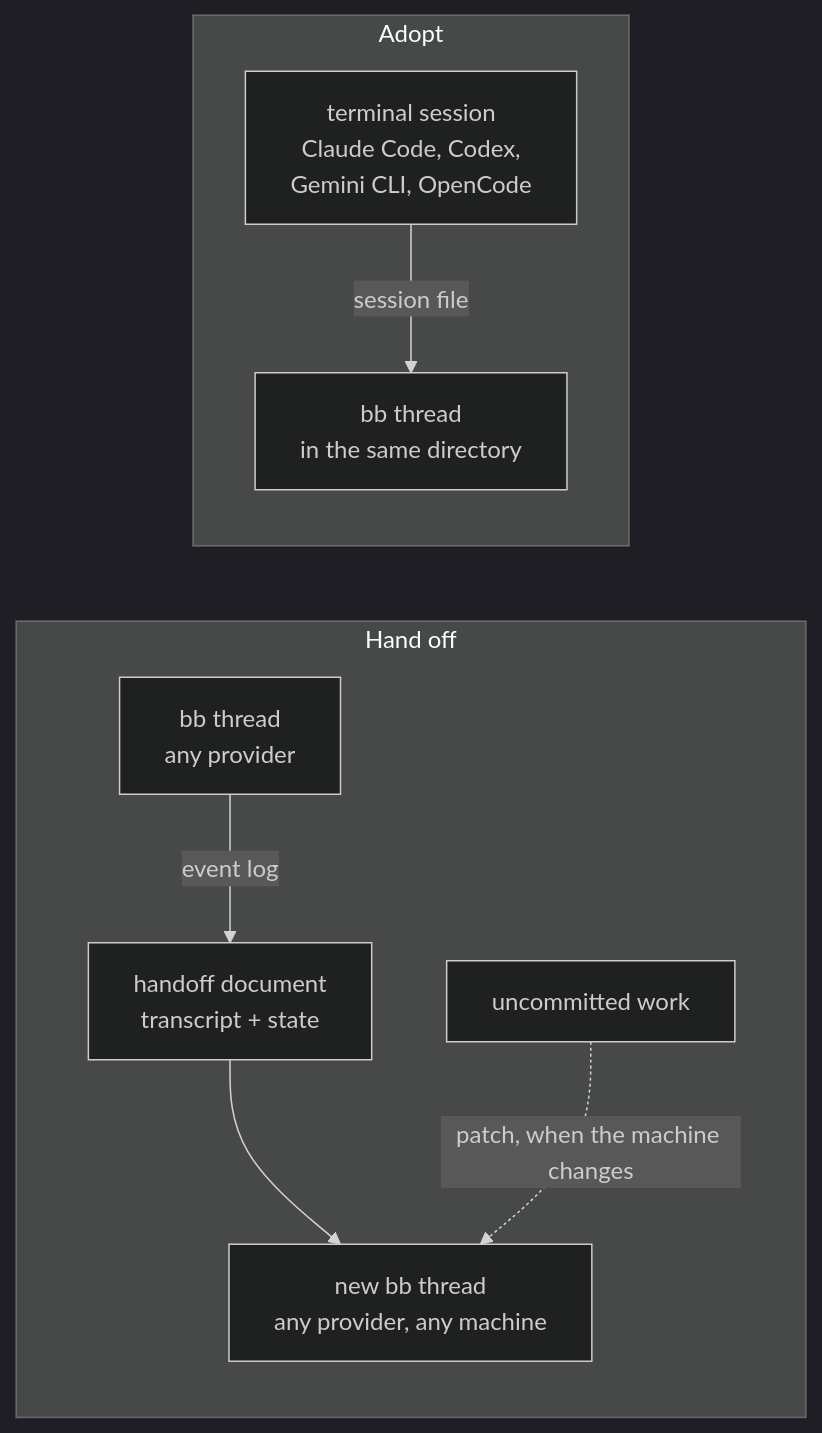
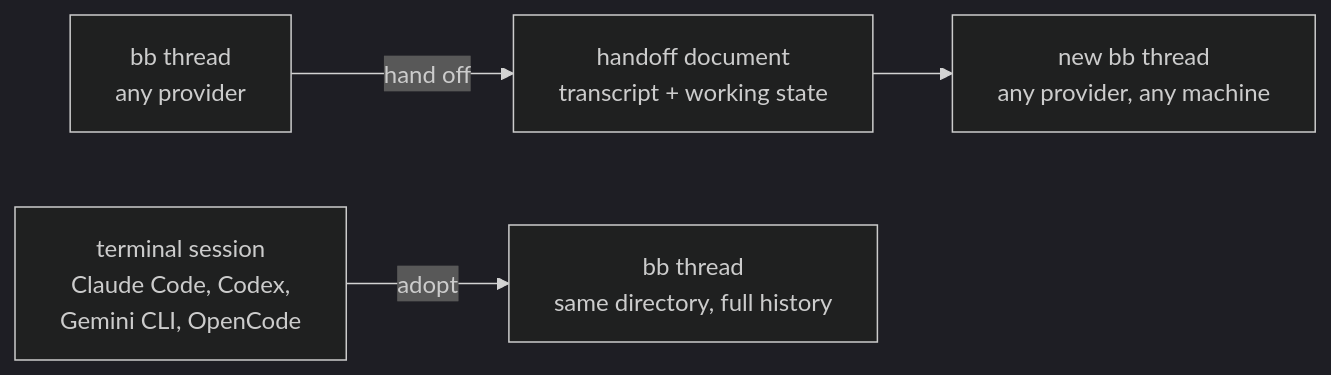
One commit to vburojevic/bb-plugin-handoff changed the diagram in README.md. Above: the diagram before and after it, drawn with Mermaid (dark theme).

Commit message:
Simplify the flow diagram

````diff
--- a/README.md
+++ b/README.md
@@ -57,11 +57,6 @@
 ```mermaid
 flowchart LR
-  subgraph handoff ["Hand off"]
-    T["bb thread<br>any provider"] -->|event log| D["handoff document<br>transcript + state"]
-    D --> N["new bb thread<br>any provider, any machine"]
-    W["uncommitted work"] -.->|"patch, when the machine changes"| N
-  end
-  subgraph adopt ["Adopt"]
-    S["terminal session<br>Claude Code, Codex,<br>Gemini CLI, OpenCode"] -->|session file| A["bb thread<br>in the same directory"]
-  end
+  T["bb thread<br>any provider"] -->|hand off| D["handoff document<br>transcript + working state"]
+  D --> N["new bb thread<br>any provider, any machine"]
+  S["terminal session<br>Claude Code, Codex,<br>Gemini CLI, OpenCode"] -->|adopt| A["bb thread<br>same directory, full history"]
 ```
````
